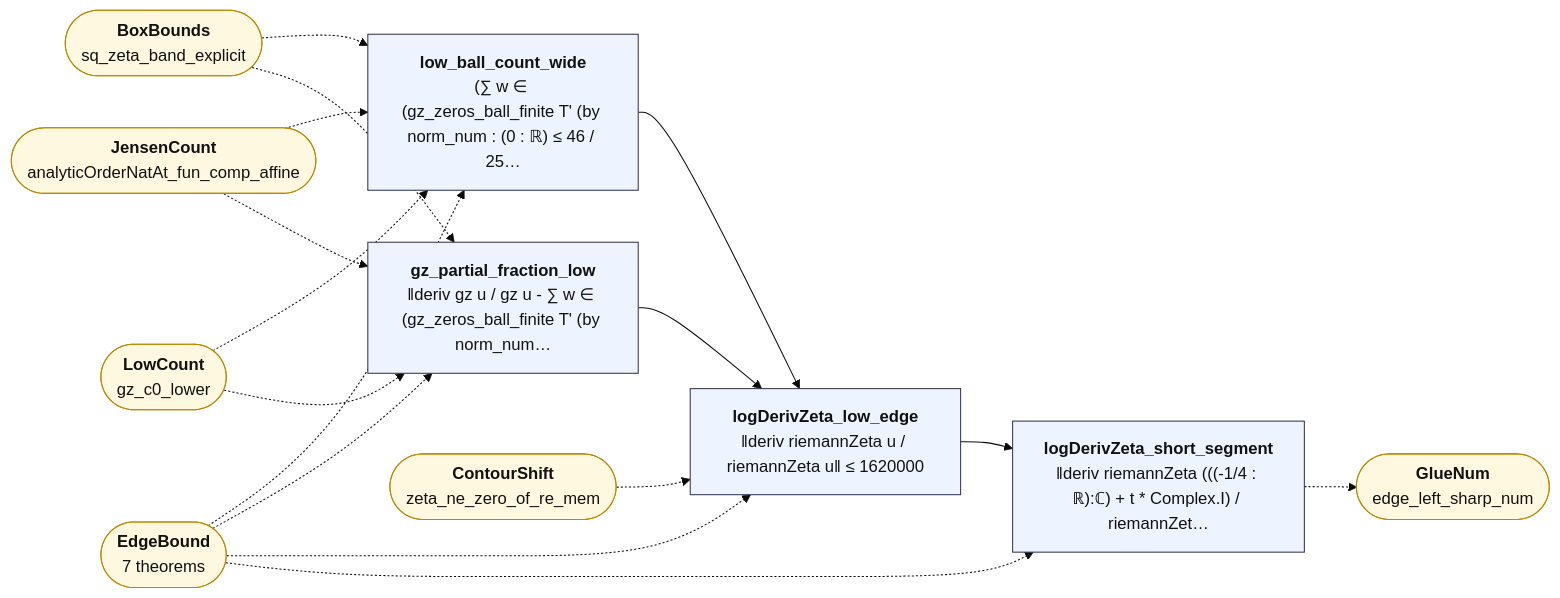
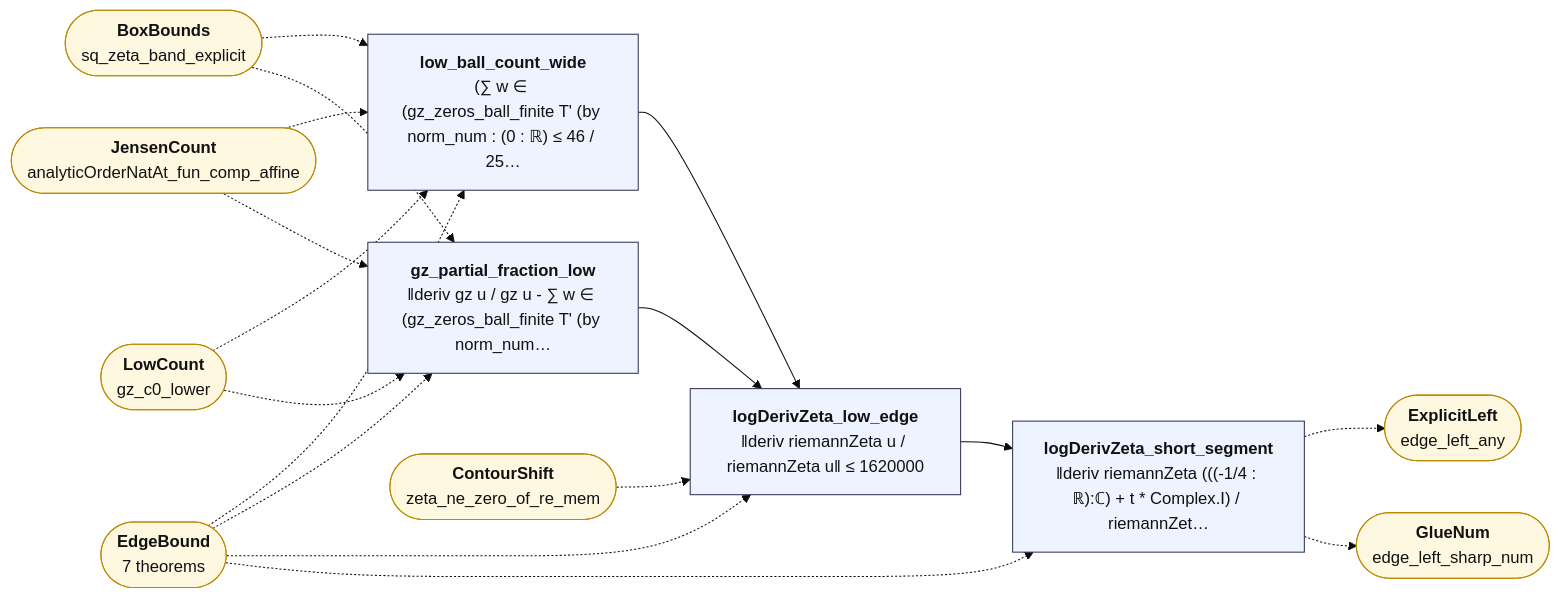
The diagram in map/lean_stage3/LowEdge.mmd (juliansambranojr/Primebeat_081426), drawn with Mermaid (base theme) before and after one commit. The commit also changed 43 other files, not shown here.

```diff
--- a/map/lean_stage3/LowEdge.mmd
+++ b/map/lean_stage3/LowEdge.mmd
@@ -1,34 +1,36 @@
 flowchart LR
   n0["<b>low_ball_count_wide</b><br/>(∑ w ∈ (gz_zeros_ball_finite T' (by norm_num : (0 : ℝ) ≤ 46 / 25…"]:::thm
   n1["<b>gz_partial_fraction_low</b><br/>‖deriv gz u / gz u - ∑ w ∈ (gz_zeros_ball_finite T' (by norm_num…"]:::thm
   n2["<b>logDerivZeta_low_edge</b><br/>‖deriv riemannZeta u / riemannZeta u‖ ≤ 1620000"]:::thm
   n3["<b>logDerivZeta_short_segment</b><br/>‖deriv riemannZeta (((-1/4 : ℝ):ℂ) + t * Complex.I) / riemannZet…"]:::thm
   x0(["<b>BoxBounds</b><br/>sq_zeta_band_explicit"]):::ext
   x1(["<b>EdgeBound</b><br/>7 theorems"]):::ext
   x2(["<b>JensenCount</b><br/>analyticOrderNatAt_fun_comp_affine"]):::ext
   x3(["<b>LowCount</b><br/>gz_c0_lower"]):::ext
   x4(["<b>ContourShift</b><br/>zeta_ne_zero_of_re_mem"]):::ext
-  x5(["<b>GlueNum</b><br/>edge_left_sharp_num"]):::ext
+  x5(["<b>ExplicitLeft</b><br/>edge_left_any"]):::ext
+  x6(["<b>GlueNum</b><br/>edge_left_sharp_num"]):::ext
   n0 --> n2
   n1 --> n2
   n2 --> n3
   n3 -.-> x5
+  n3 -.-> x6
   x0 -.-> n0
   x0 -.-> n1
   x1 -.-> n0
   x1 -.-> n1
   x1 -.-> n2
   x1 -.-> n3
   x2 -.-> n0
   x2 -.-> n1
   x3 -.-> n0
   x3 -.-> n1
   x4 -.-> n2
   classDef cnt fill:#dff5ec,stroke:#17694a,color:#111
   classDef shp fill:#f1ecfb,stroke:#5b3fa0,color:#111
   classDef rh fill:#ffe5e5,stroke:#c22,color:#111,stroke-width:2px
   classDef thm fill:#eef4ff,stroke:#335,color:#111
   classDef end_ fill:#e7f7e7,stroke:#2a7,color:#111,stroke-width:2px
   classDef lone fill:#fff,stroke:#999,color:#111,stroke-dasharray:4 3
   classDef bad fill:#ffe5e5,stroke:#c22,color:#111,stroke-width:2px
   classDef ext fill:#fff8e1,stroke:#b80,color:#111
```
